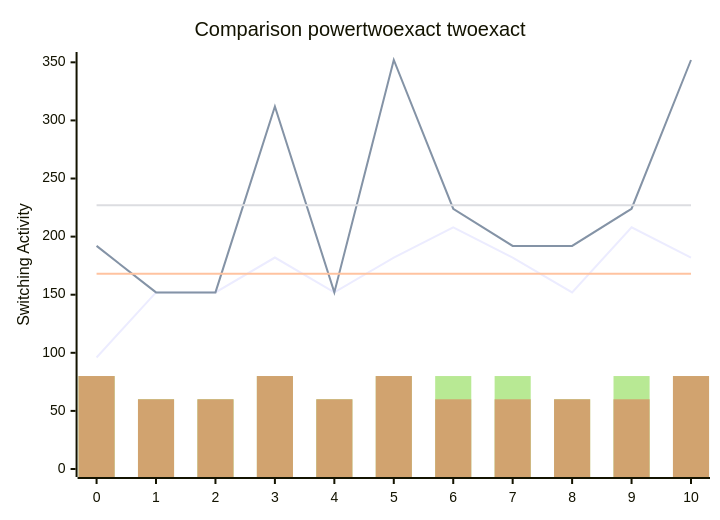
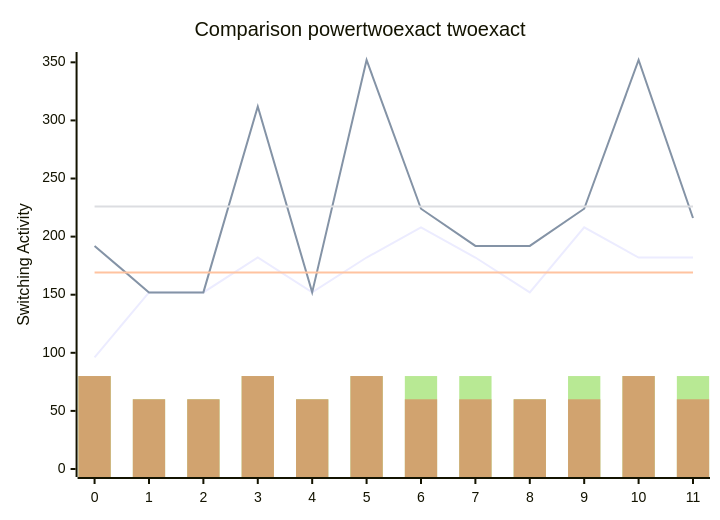
One commit to FeldmeierMichael/Exact-Power-Synthesis changed the diagram in benchmark.md. Above: the diagram before and after it, drawn with Mermaid. The commit also changed other lines of this file and 2 other files, not shown here.

````diff
--- a/benchmark.md
+++ b/benchmark.md
@@ -23,12 +25,12 @@
 ```mermaid
 xychart-beta
     title "Comparison powertwoexact twoexact"
-    x-axis [0, 1, 2, 3, 4, 5, 6, 7, 8, 9, 10]
+    x-axis [0, 1, 2, 3, 4, 5, 6, 7, 8, 9, 10, 11]
     y-axis "Switching Activity" 0-->352
-    line [96, 152, 152, 182, 152, 182, 208, 182, 152, 208, 182]
-    line [192, 152, 152, 312, 152, 352, 224, 192, 192, 224, 352]
-    line [168.0, 168.0, 168.0, 168.0, 168.0, 168.0, 168.0, 168.0, 168.0, 168.0, 168.0]
-    line [226.9090909090909, 226.9090909090909, 226.9090909090909, 226.9090909090909, 226.9090909090909, 226.9090909090909, 226.9090909090909, 226.9090909090909, 226.9090909090909, 226.9090909090909, 226.9090909090909]
-    bar [80, 60, 60, 80, 60, 80, 80, 80, 60, 80, 80]
-    bar [80, 60, 60, 80, 60, 80, 60, 60, 60, 60, 80]
+    line [96, 152, 152, 182, 152, 182, 208, 182, 152, 208, 182, 182]
+    line [192, 152, 152, 312, 152, 352, 224, 192, 192, 224, 352, 216]
+    line [169.16666666666666, 169.16666666666666, 169.16666666666666, 169.16666666666666, 169.16666666666666, 169.16666666666666, 169.16666666666666, 169.16666666666666, 169.16666666666666, 169.16666666666666, 169.16666666666666, 169.16666666666666]
+    line [226.0, 226.0, 226.0, 226.0, 226.0, 226.0, 226.0, 226.0, 226.0, 226.0, 226.0, 226.0]
+    bar [80, 60, 60, 80, 60, 80, 80, 80, 60, 80, 80, 80]
+    bar [80, 60, 60, 80, 60, 80, 60, 60, 60, 60, 80, 60]
 ```
````
